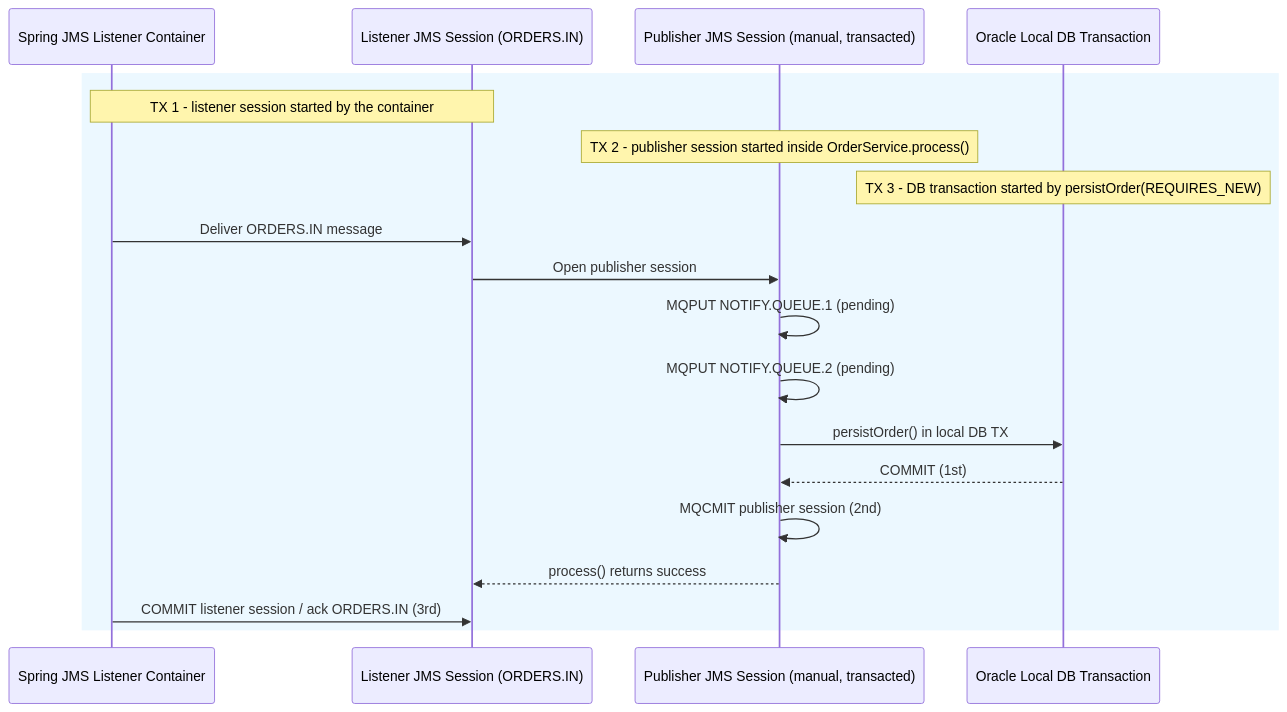
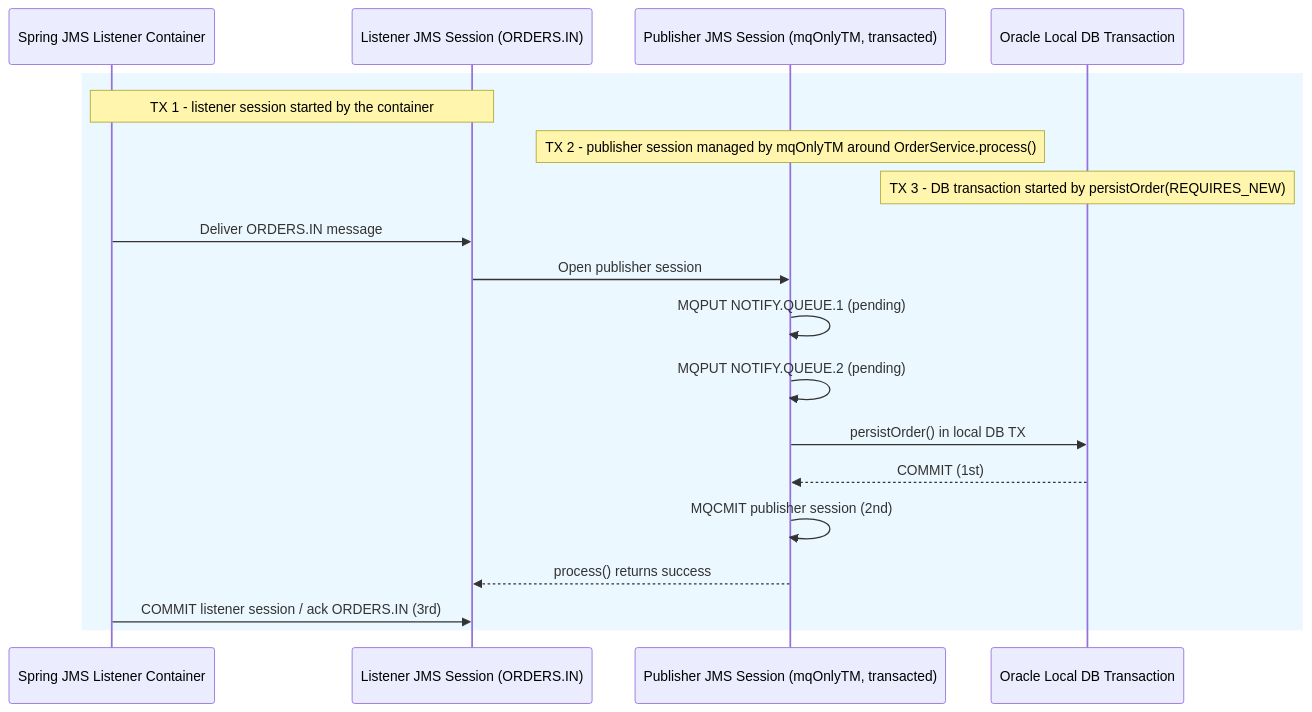
One commit to rrobetti/spring-boot-oracle-db-ibm-mq-try-confirm-cancel changed the diagram in README.md. Above: the diagram before and after it, drawn with Mermaid. The commit also changed other lines of this file, not shown here.

````diff
--- a/README.md
+++ b/README.md
@@ -9,22 +9,22 @@
 ```mermaid
 sequenceDiagram
     participant C as Spring JMS Listener Container
     participant L as Listener JMS Session (ORDERS.IN)
-    participant P as Publisher JMS Session (manual, transacted)
+    participant P as Publisher JMS Session (mqOnlyTM, transacted)
     participant DB as Oracle Local DB Transaction
 
     rect rgb(236, 248, 255)
         Note over C,L: TX 1 - listener session started by the container
-        Note over P: TX 2 - publisher session started inside OrderService.process()
+        Note over P: TX 2 - publisher session managed by mqOnlyTM around OrderService.process()
         Note over DB: TX 3 - DB transaction started by persistOrder(REQUIRES_NEW)
         C->>L: Deliver ORDERS.IN message
         L->>P: Open publisher session
         P->>P: MQPUT NOTIFY.QUEUE.1 (pending)
         P->>P: MQPUT NOTIFY.QUEUE.2 (pending)
         P->>DB: persistOrder() in local DB TX
         DB-->>P: COMMIT (1st)
         P->>P: MQCMIT publisher session (2nd)
         P-->>L: process() returns success
         C->>L: COMMIT listener session / ack ORDERS.IN (3rd)
     end
 ```
````
